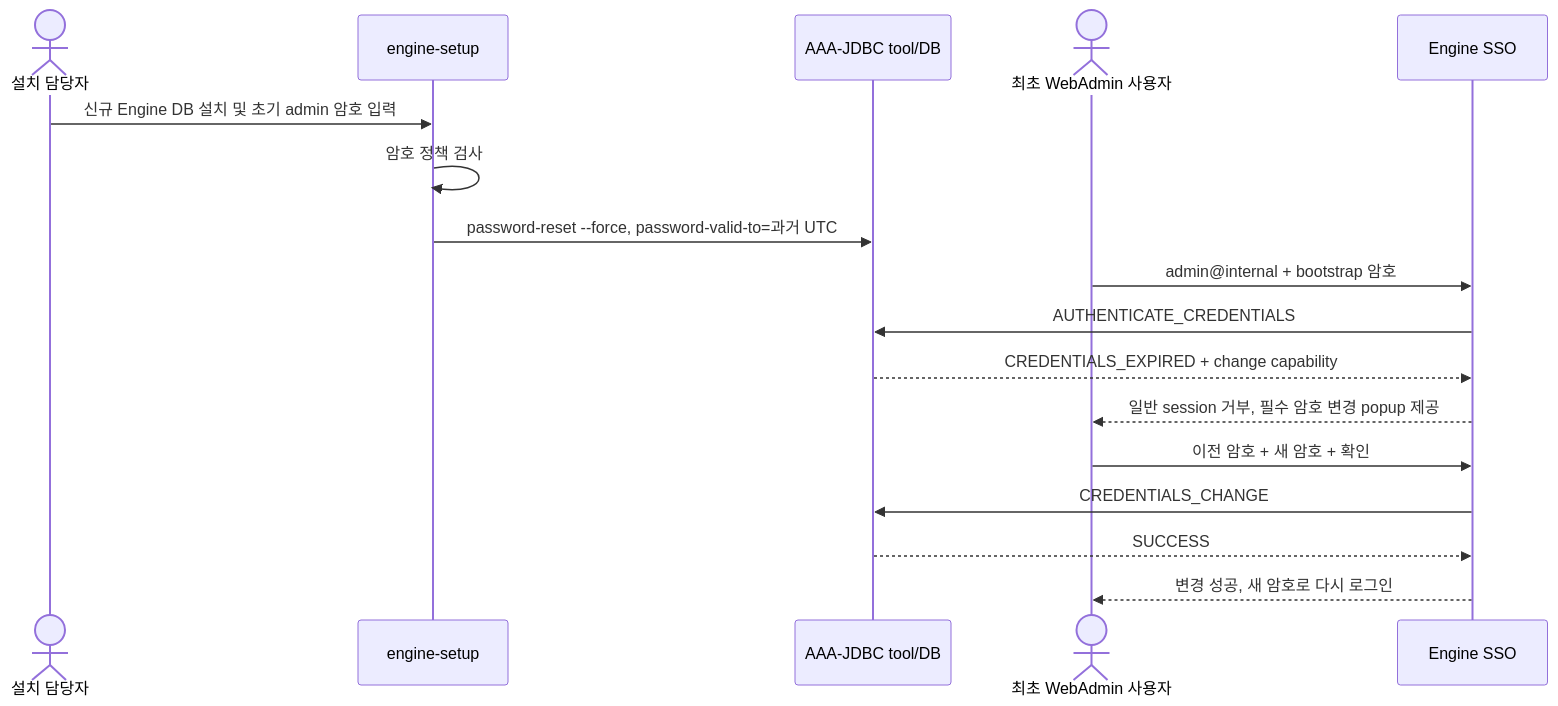
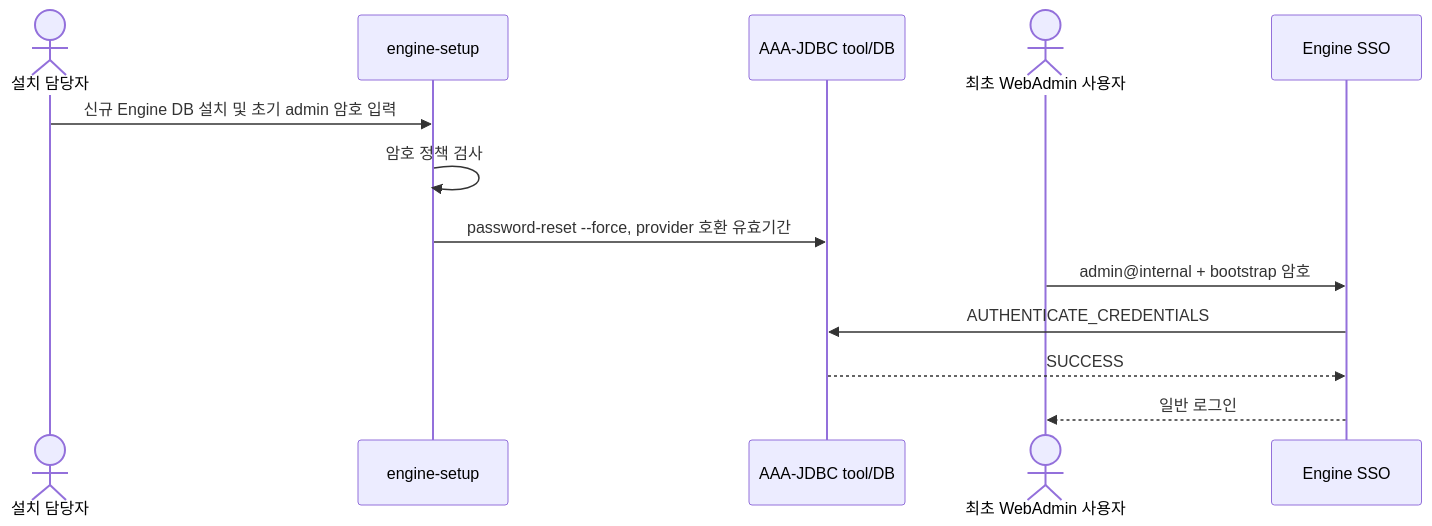
The diagram in docs/first-webadmin-login-password-change.md (mussosinsa/ovworks4.5), drawn with Mermaid before and after one commit. The commit also changed other lines of this file and 4 other files, not shown here.

Commit message:
Restore provider-compatible initial credentials

````diff
--- a/docs/first-webadmin-login-password-change.md
+++ b/docs/first-webadmin-login-password-change.md
@@ -42,20 +46,16 @@
 ```mermaid
 sequenceDiagram
     actor I as 설치 담당자
     participant E as engine-setup
     participant J as AAA-JDBC tool/DB
     actor U as 최초 WebAdmin 사용자
     participant S as Engine SSO
 
     I->>E: 신규 Engine DB 설치 및 초기 admin 암호 입력
     E->>E: 암호 정책 검사
-    E->>J: password-reset --force, password-valid-to=과거 UTC
+    E->>J: password-reset --force, provider 호환 유효기간
     U->>S: admin@internal + bootstrap 암호
     S->>J: AUTHENTICATE_CREDENTIALS
-    J-->>S: CREDENTIALS_EXPIRED + change capability
-    S-->>U: 일반 session 거부, 필수 암호 변경 popup 제공
-    U->>S: 이전 암호 + 새 암호 + 확인
-    S->>J: CREDENTIALS_CHANGE
     J-->>S: SUCCESS
-    S-->>U: 변경 성공, 새 암호로 다시 로그인
+    S-->>U: 일반 로그인
 ```
````
